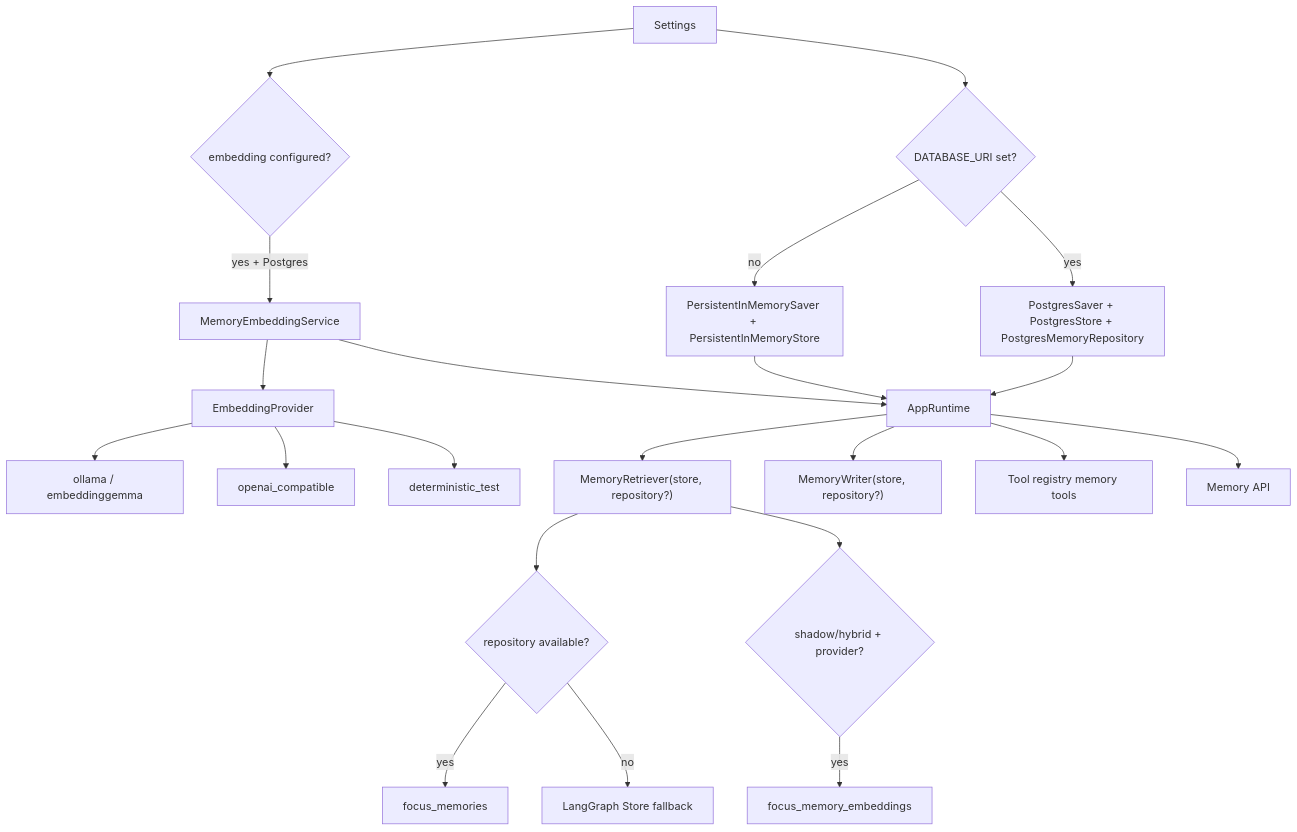
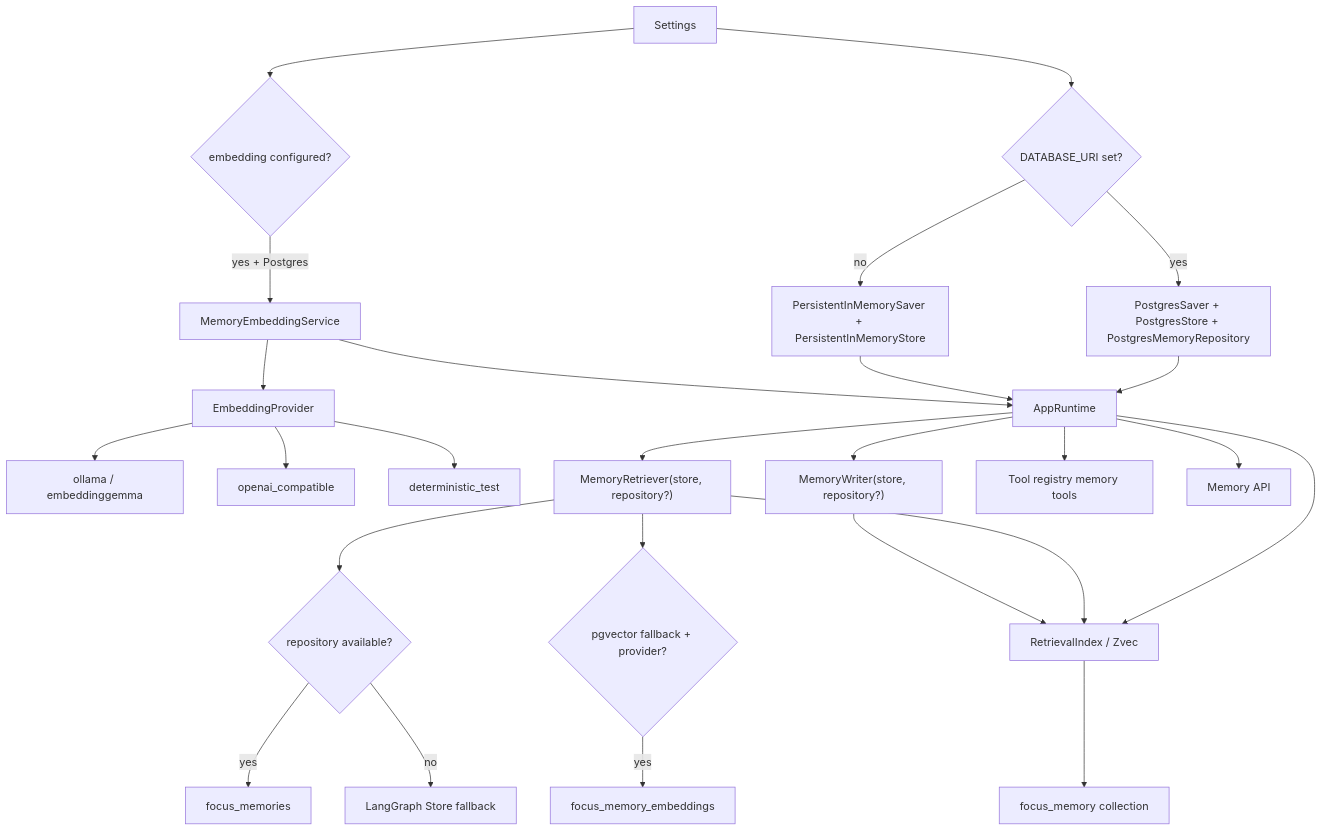
Before and after one commit to William-zgx/focus-agent: the fourth of 12 diagrams in docs/memory-system-v2.md, drawn with Mermaid. The commit also changed other lines of this file and 20 other files, not shown here.

Commit message:
docs: update zvec retrieval documentation

````diff
--- a/docs/memory-system-v2.md
+++ b/docs/memory-system-v2.md
@@ -366,24 +366,28 @@
 ```mermaid
 flowchart TD
     Settings["Settings"] --> HasDb{"DATABASE_URI set?"}
     HasDb -- "yes" --> Pg["PostgresSaver + PostgresStore + PostgresMemoryRepository"]
     HasDb -- "no" --> Local["PersistentInMemorySaver + PersistentInMemoryStore"]
     Settings --> EmbEnabled{"embedding configured?"}
     EmbEnabled -- "yes + Postgres" --> EmbSvc["MemoryEmbeddingService"]
     EmbSvc --> Provider["EmbeddingProvider"]
     Provider --> Ollama["ollama / embeddinggemma"]
     Provider --> OpenAI["openai_compatible"]
     Provider --> TestProvider["deterministic_test"]
     Pg --> Runtime["AppRuntime"]
     Local --> Runtime
     EmbSvc --> Runtime
     Runtime --> Retriever["MemoryRetriever(store, repository?)"]
     Runtime --> Writer["MemoryWriter(store, repository?)"]
+    Runtime --> RetrievalIndex["RetrievalIndex / Zvec"]
     Runtime --> Tools["Tool registry memory tools"]
     Runtime --> API["Memory API"]
     Retriever --> RepoPath{"repository available?"}
     RepoPath -- "yes" --> Canonical["focus_memories"]
     RepoPath -- "no" --> Legacy["LangGraph Store fallback"]
-    Retriever --> Vector{"shadow/hybrid + provider?"}
+    Retriever --> RetrievalIndex
+    Writer --> RetrievalIndex
+    RetrievalIndex --> Zvec["focus_memory collection"]
+    Retriever --> Vector{"pgvector fallback + provider?"}
     Vector -- "yes" --> Embeddings["focus_memory_embeddings"]
 ```
````
